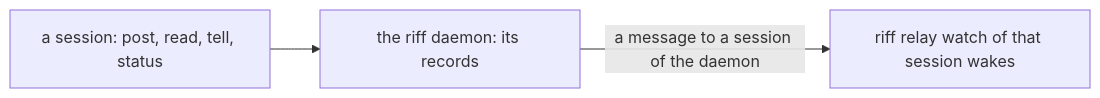
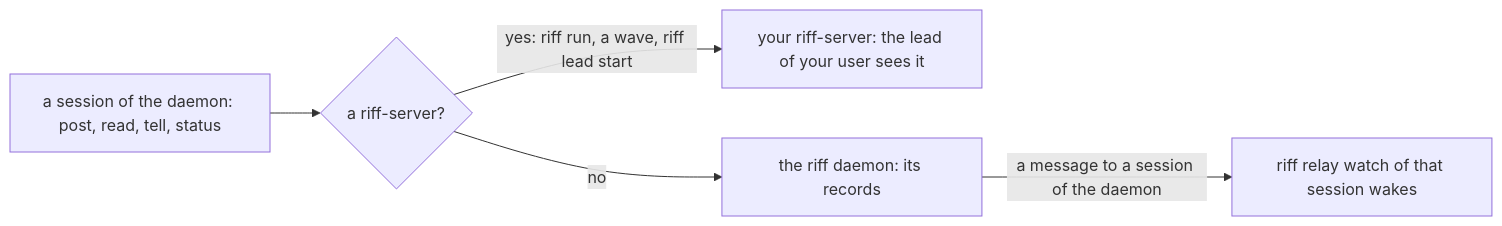
One commit to como-technologies/riff changed the tenth of 28 diagrams in docs/src/development.md. Above: the diagram before and after it, drawn with Mermaid. The commit also changed other lines of this file and 6 other files, not shown here.

Commit message:
WIP: a session with a riff-server keeps its tools on riff-server; a post keeps the cursor; one wake for the newest unread message

````diff
--- a/docs/src/development.md
+++ b/docs/src/development.md
@@ -954,5 +963,7 @@
 ```mermaid
 flowchart LR
-    S["a session: post, read, tell, status"] --> D["the riff daemon: its records"]
+    S["a session of the daemon: post, read, tell, status"] --> Q{"a riff-server?"}
+    Q -- "yes: riff run, a wave, riff lead start" --> R["your riff-server: the lead of your user sees it"]
+    Q -- "no" --> D["the riff daemon: its records"]
     D -- "a message to a session of the daemon" --> W["riff relay watch of that session wakes"]
 ```
````
